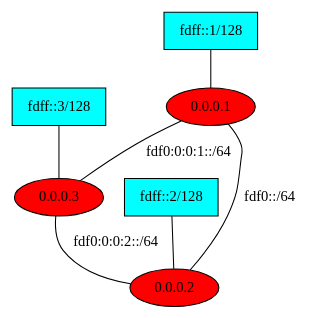
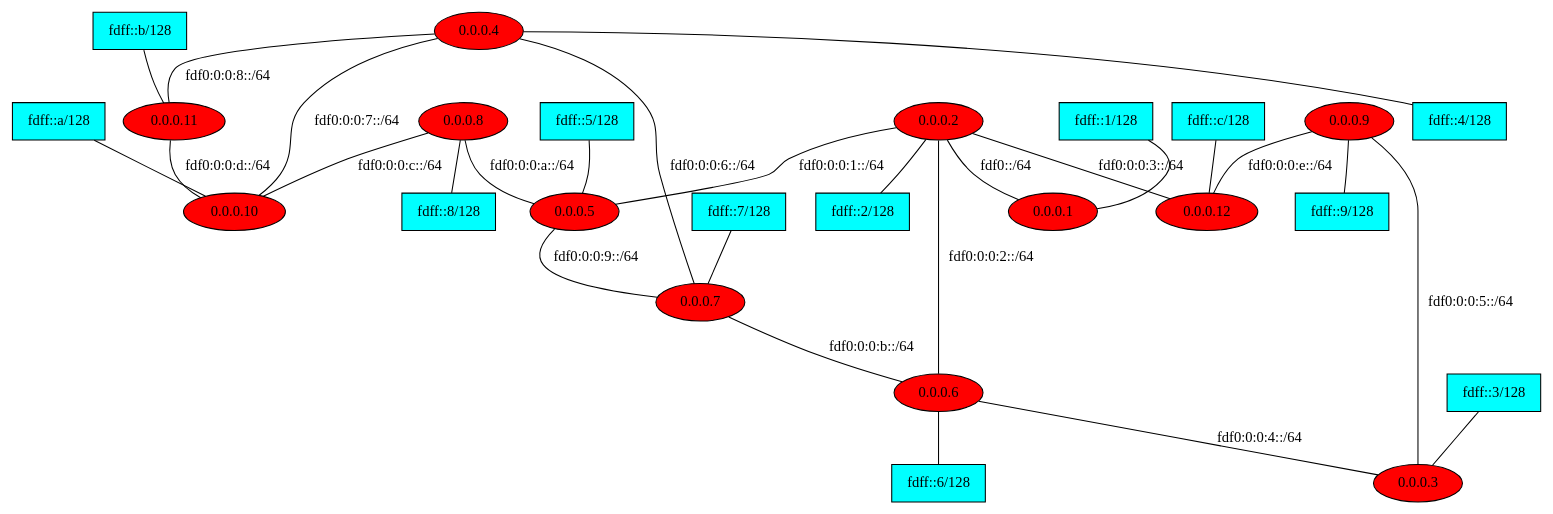
One commit to shijy16/sdn-srv6 changed the diagram in srv6-mininet-extensions/topo_extraction/topo-graph.dot. Above: the diagram before and after it, drawn with Graphviz. The commit also changed 18 other files, not shown here.

```diff
--- a/srv6-mininet-extensions/topo_extraction/topo-graph.dot
+++ b/srv6-mininet-extensions/topo_extraction/topo-graph.dot
@@ -1,23 +1,89 @@
 strict graph "" {
+	"fdff::b/128"	 [fillcolor=cyan,
+		shape=box,
+		style=filled];
+	"0.0.0.11"	 [fillcolor=red,
+		style=filled];
+	"fdff::b/128" -- "0.0.0.11";
 	"fdff::3/128"	 [fillcolor=cyan,
 		shape=box,
 		style=filled];
 	"0.0.0.3"	 [fillcolor=red,
 		style=filled];
 	"fdff::3/128" -- "0.0.0.3";
-	"fdff::2/128"	 [fillcolor=cyan,
+	"fdff::5/128"	 [fillcolor=cyan,
 		shape=box,
 		style=filled];
-	"0.0.0.2"	 [fillcolor=red,
+	"0.0.0.5"	 [fillcolor=red,
 		style=filled];
-	"fdff::2/128" -- "0.0.0.2";
+	"fdff::5/128" -- "0.0.0.5";
 	"fdff::1/128"	 [fillcolor=cyan,
 		shape=box,
 		style=filled];
 	"0.0.0.1"	 [fillcolor=red,
 		style=filled];
 	"fdff::1/128" -- "0.0.0.1";
-	"0.0.0.1" -- "0.0.0.3"	 [label="fdf0:0:0:1::/64"];
-	"0.0.0.1" -- "0.0.0.2"	 [label="fdf0::/64"];
-	"0.0.0.3" -- "0.0.0.2"	 [label="fdf0:0:0:2::/64"];
+	"fdff::c/128"	 [fillcolor=cyan,
+		shape=box,
+		style=filled];
+	"0.0.0.12"	 [fillcolor=red,
+		style=filled];
+	"fdff::c/128" -- "0.0.0.12";
+	"fdff::a/128"	 [fillcolor=cyan,
+		shape=box,
+		style=filled];
+	"0.0.0.10"	 [fillcolor=red,
+		style=filled];
+	"fdff::a/128" -- "0.0.0.10";
+	"0.0.0.2"	 [fillcolor=red,
+		style=filled];
+	"0.0.0.2" -- "0.0.0.5"	 [label="fdf0:0:0:1::/64"];
+	"0.0.0.6"	 [fillcolor=red,
+		style=filled];
+	"0.0.0.2" -- "0.0.0.6"	 [label="fdf0:0:0:2::/64"];
+	"0.0.0.2" -- "0.0.0.1"	 [label="fdf0::/64"];
+	"0.0.0.2" -- "0.0.0.12"	 [label="fdf0:0:0:3::/64"];
+	"fdff::2/128"	 [fillcolor=cyan,
+		shape=box,
+		style=filled];
+	"0.0.0.2" -- "fdff::2/128";
+	"fdff::7/128"	 [fillcolor=cyan,
+		shape=box,
+		style=filled];
+	"0.0.0.7"	 [fillcolor=red,
+		style=filled];
+	"fdff::7/128" -- "0.0.0.7";
+	"0.0.0.9"	 [fillcolor=red,
+		style=filled];
+	"0.0.0.9" -- "0.0.0.3"	 [label="fdf0:0:0:5::/64"];
+	"fdff::9/128"	 [fillcolor=cyan,
+		shape=box,
+		style=filled];
+	"0.0.0.9" -- "fdff::9/128";
+	"0.0.0.9" -- "0.0.0.12"	 [label="fdf0:0:0:e::/64"];
+	"0.0.0.8"	 [fillcolor=red,
+		style=filled];
+	"0.0.0.8" -- "0.0.0.5"	 [label="fdf0:0:0:a::/64"];
+	"fdff::8/128"	 [fillcolor=cyan,
+		shape=box,
+		style=filled];
+	"0.0.0.8" -- "fdff::8/128";
+	"0.0.0.8" -- "0.0.0.10"	 [label="fdf0:0:0:c::/64"];
+	"0.0.0.5" -- "0.0.0.7"	 [label="fdf0:0:0:9::/64"];
+	"0.0.0.4"	 [fillcolor=red,
+		style=filled];
+	"0.0.0.4" -- "0.0.0.7"	 [label="fdf0:0:0:6::/64"];
+	"fdff::4/128"	 [fillcolor=cyan,
+		shape=box,
+		style=filled];
+	"0.0.0.4" -- "fdff::4/128";
+	"0.0.0.4" -- "0.0.0.11"	 [label="fdf0:0:0:8::/64"];
+	"0.0.0.4" -- "0.0.0.10"	 [label="fdf0:0:0:7::/64"];
+	"0.0.0.7" -- "0.0.0.6"	 [label="fdf0:0:0:b::/64"];
+	"0.0.0.6" -- "0.0.0.3"	 [label="fdf0:0:0:4::/64"];
+	"fdff::6/128"	 [fillcolor=cyan,
+		shape=box,
+		style=filled];
+	"0.0.0.6" -- "fdff::6/128";
+	"0.0.0.11" -- "0.0.0.10"	 [label="fdf0:0:0:d::/64"];
 }
```
